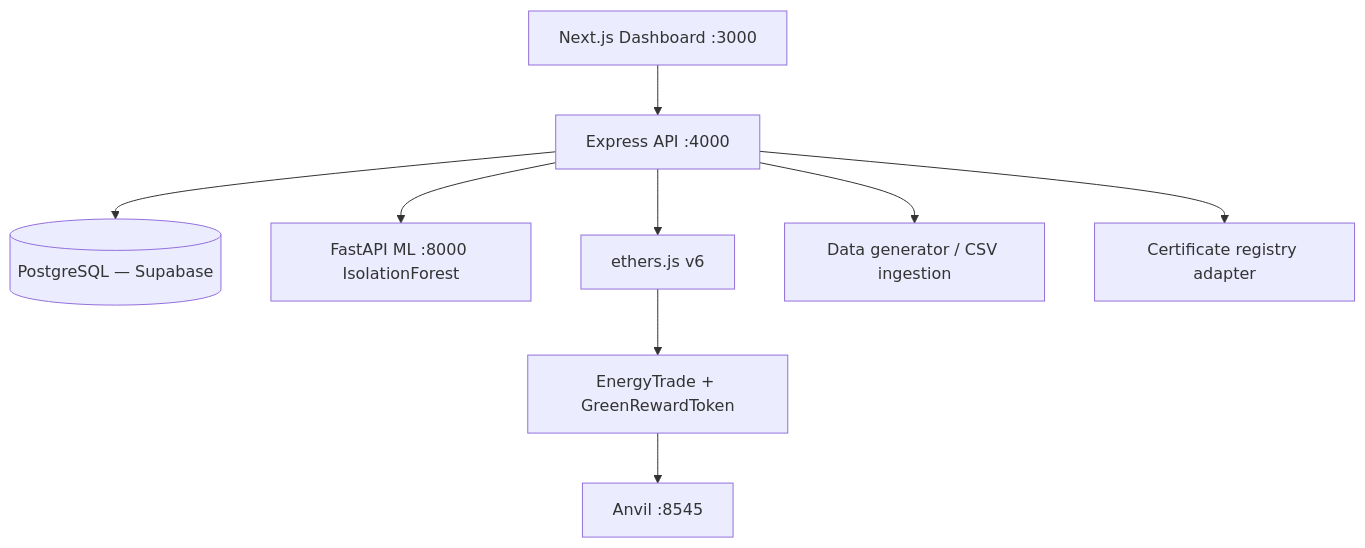
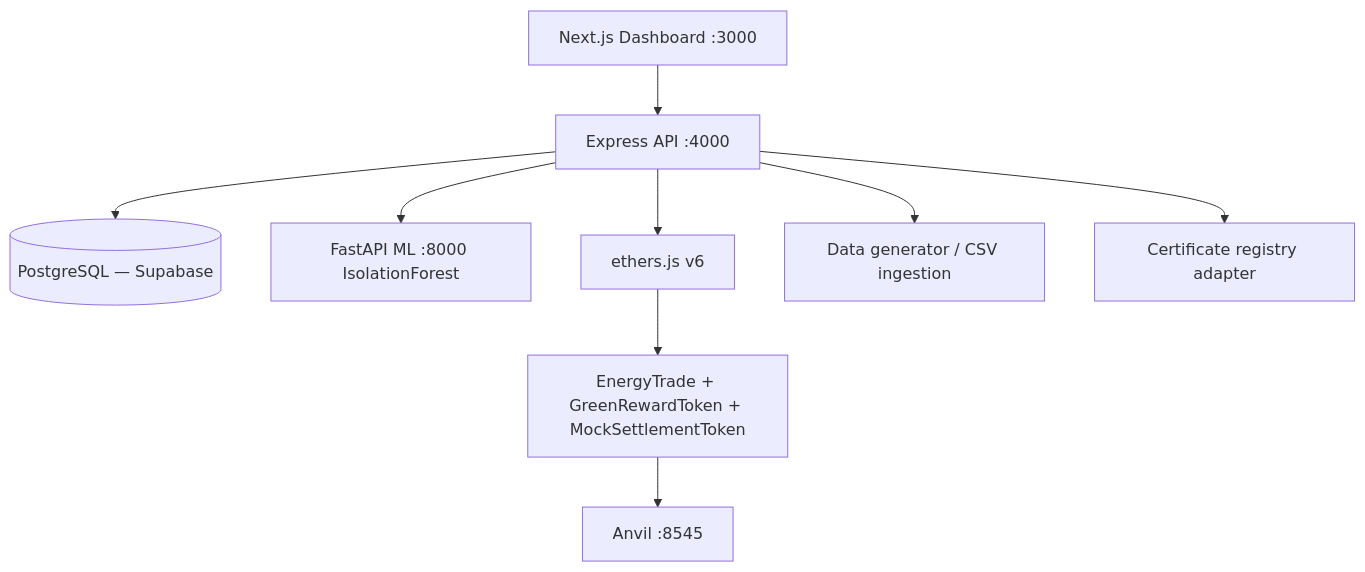
The diagram in README.md (tnmykhandelwal/Tranergy-AI), drawn with Mermaid before and after one commit. The commit also changed other lines of this file and 29 other files, not shown here.

````diff
--- a/README.md
+++ b/README.md
@@ -20,11 +20,11 @@
 ```mermaid
 flowchart TD
     UI[Next.js Dashboard :3000] --> API[Express API :4000]
     API --> DB[(PostgreSQL — Supabase)]
     API --> ML[FastAPI ML :8000 IsolationForest]
     API --> CHAIN[ethers.js v6]
-    CHAIN --> SC[EnergyTrade + GreenRewardToken]
+    CHAIN --> SC[EnergyTrade + GreenRewardToken + MockSettlementToken]
     SC --> ANVIL[Anvil :8545]
     API --> SIM[Data generator / CSV ingestion]
     API --> REG[Certificate registry adapter]
 ```
````
